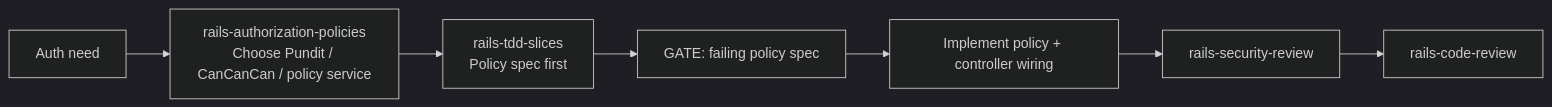
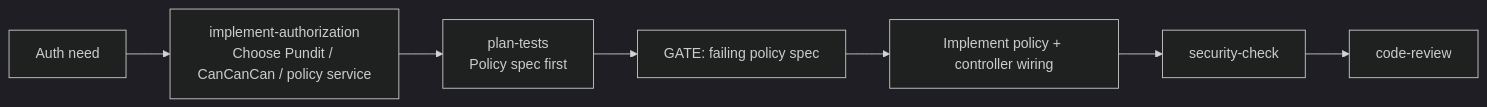
Before and after one commit to igmarin/my-RoR-personal-skills: the ninth of 17 diagrams in docs/workflow-guide.md, drawn with Mermaid (dark theme). The commit also changed other lines of this file and 295 other files, not shown here.

First line of the commit message:
Refactor names flows (#57)

````diff
--- a/docs/workflow-guide.md
+++ b/docs/workflow-guide.md
@@ -423,9 +423,9 @@
 ```mermaid
 flowchart LR
-    A[Auth need] --> B[rails-authorization-policies\nChoose Pundit / CanCanCan / policy service]
-    B --> C[rails-tdd-slices\nPolicy spec first]
+    A[Auth need] --> B[implement-authorization\nChoose Pundit / CanCanCan / policy service]
+    B --> C[plan-tests\nPolicy spec first]
     C --> D["GATE: failing policy spec"]
     D --> E[Implement policy + controller wiring]
-    E --> F[rails-security-review]
-    F --> G[rails-code-review]
+    E --> F[security-check]
+    F --> G[code-review]
 ```
````
